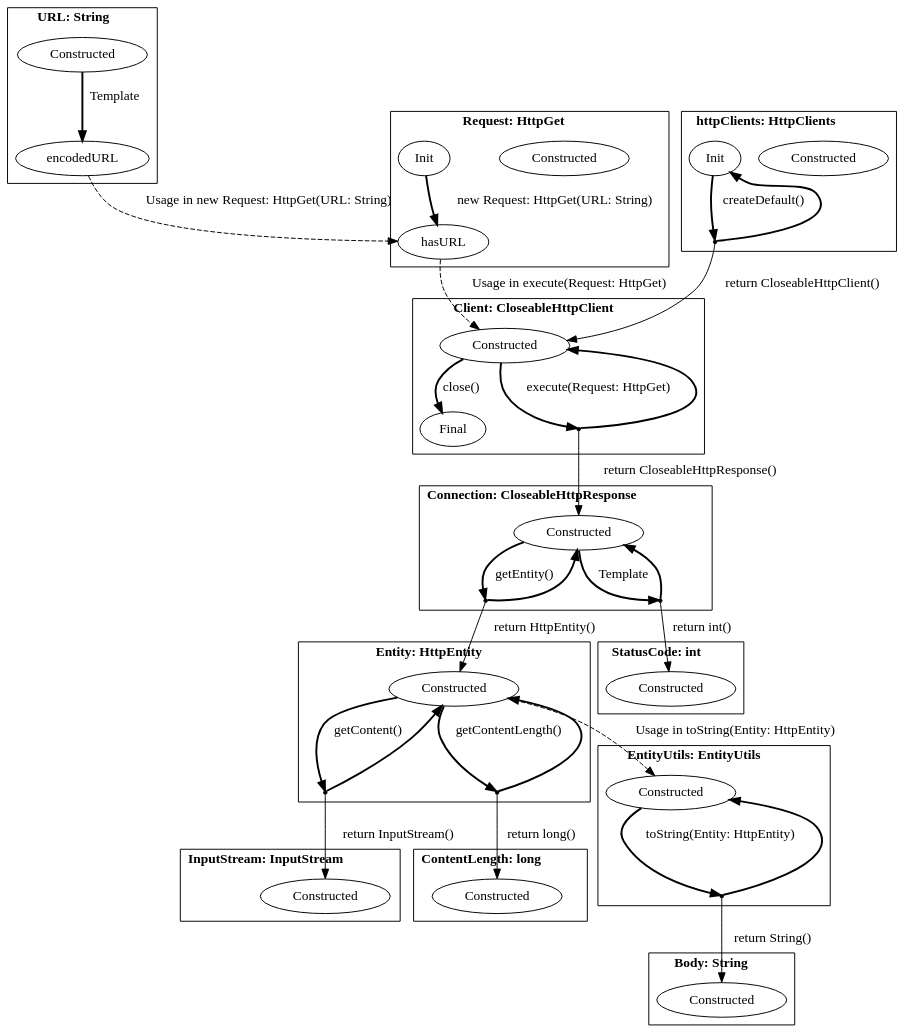
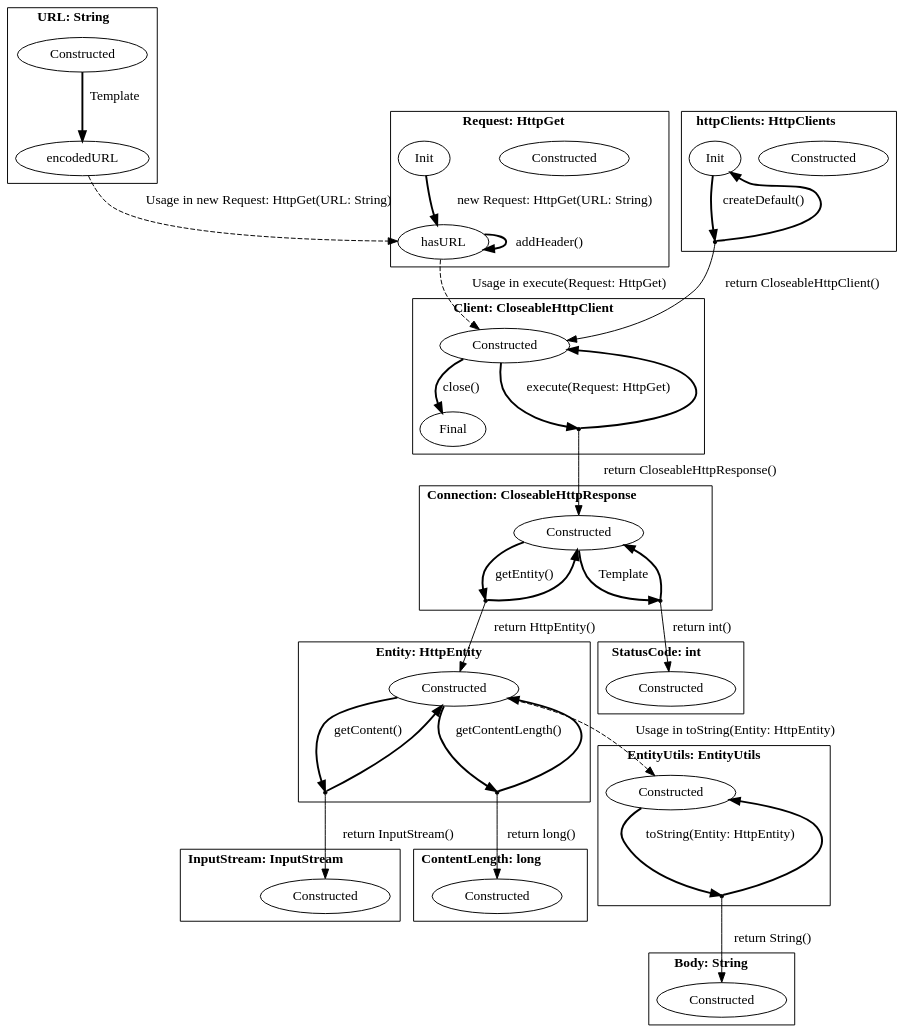
One commit to h31/LibraryMigration changed the diagram in pictures/apache.dot. Above: the diagram before and after it, drawn with Graphviz. The commit also changed 10 other files, not shown here.

```diff
--- a/pictures/apache.dot
+++ b/pictures/apache.dot
@@ -1,86 +1,87 @@
 digraph G {
     bgcolor="transparent";
     subgraph cluster0 {
     label = <<B>URL: String</B>>;
         Constructed_URL [ label="Constructed" ];
         encodedURL_URL [ label="encodedURL" ];
     }
     subgraph cluster1 {
     label = <<B>Request: HttpGet</B>>;
         Constructed_Request [ label="Constructed" ];
         hasURL_Request [ label="hasURL" ];
         Init_Request [ label="Init" ];
     }
     subgraph cluster2 {
     label = <<B>Client: CloseableHttpClient</B>>;
         Constructed_Client [ label="Constructed" ];
         Final_Client [ label="Final" ];
         virtual0 [ shape = point ];
     }
     subgraph cluster3 {
     label = <<B>Connection: CloseableHttpResponse</B>>;
         Constructed_Connection [ label="Constructed" ];
         virtual1 [ shape = point ];
         virtual2 [ shape = point ];
     }
     subgraph cluster4 {
     label = <<B>Body: String</B>>;
         Constructed_Body [ label="Constructed" ];
     }
     subgraph cluster5 {
     label = <<B>httpClients: HttpClients</B>>;
         Constructed_httpClients [ label="Constructed" ];
         Init_httpClients [ label="Init" ];
         virtual3 [ shape = point ];
     }
     subgraph cluster6 {
     label = <<B>InputStream: InputStream</B>>;
         Constructed_InputStream [ label="Constructed" ];
     }
     subgraph cluster7 {
     label = <<B>ContentLength: long</B>>;
         Constructed_ContentLength [ label="Constructed" ];
     }
     subgraph cluster8 {
     label = <<B>Entity: HttpEntity</B>>;
         Constructed_Entity [ label="Constructed" ];
         virtual4 [ shape = point ];
         virtual5 [ shape = point ];
     }
     subgraph cluster9 {
     label = <<B>EntityUtils: EntityUtils</B>>;
         Constructed_EntityUtils [ label="Constructed" ];
         virtual6 [ shape = point ];
     }
     subgraph cluster10 {
     label = <<B>StatusCode: int</B>>;
         Constructed_StatusCode [ label="Constructed" ];
     }
         Constructed_URL -> encodedURL_URL [ label="Template", style = "bold"  ];
         encodedURL_URL -> hasURL_Request [ label="Usage in new Request: HttpGet(URL: String)", style = "dashed"  ];
         Init_Request -> hasURL_Request [ label="new Request: HttpGet(URL: String)", style = "bold"  ];
+        hasURL_Request -> hasURL_Request [ label="addHeader()", style = "bold"  ];
         hasURL_Request -> Constructed_Client [ label="Usage in execute(Request: HttpGet)", style = "dashed"  ];
         Constructed_Client -> virtual0 [ style = "bold" label="execute(Request: HttpGet)"  ];
         virtual0 -> Constructed_Client [ style = "bold"  ];
         virtual0 -> Constructed_Connection [ label="return CloseableHttpResponse()"  ];
         Constructed_Client -> Final_Client [ label="close()", style = "bold"  ];
         Constructed_Connection -> virtual1 [ style = "bold" label="getEntity()"  ];
         virtual1 -> Constructed_Connection [ style = "bold"  ];
         virtual1 -> Constructed_Entity [ label="return HttpEntity()"  ];
         Constructed_Connection -> virtual2 [ style = "bold" label="Template"  ];
         virtual2 -> Constructed_Connection [ style = "bold"  ];
         virtual2 -> Constructed_StatusCode [ label="return int()"  ];
         Init_httpClients -> virtual3 [ style = "bold" label="createDefault()"  ];
         virtual3 -> Init_httpClients [ style = "bold"  ];
         virtual3 -> Constructed_Client [ label="return CloseableHttpClient()"  ];
         Constructed_Entity -> Constructed_EntityUtils [ label="Usage in toString(Entity: HttpEntity)", style = "dashed"  ];
         Constructed_Entity -> virtual4 [ style = "bold" label="getContent()"  ];
         virtual4 -> Constructed_Entity [ style = "bold"  ];
         virtual4 -> Constructed_InputStream [ label="return InputStream()"  ];
         Constructed_Entity -> virtual5 [ style = "bold" label="getContentLength()"  ];
         virtual5 -> Constructed_Entity [ style = "bold"  ];
         virtual5 -> Constructed_ContentLength [ label="return long()"  ];
         Constructed_EntityUtils -> virtual6 [ style = "bold" label="toString(Entity: HttpEntity)"  ];
         virtual6 -> Constructed_EntityUtils [ style = "bold"  ];
         virtual6 -> Constructed_Body [ label="return String()"  ];
 }
```
